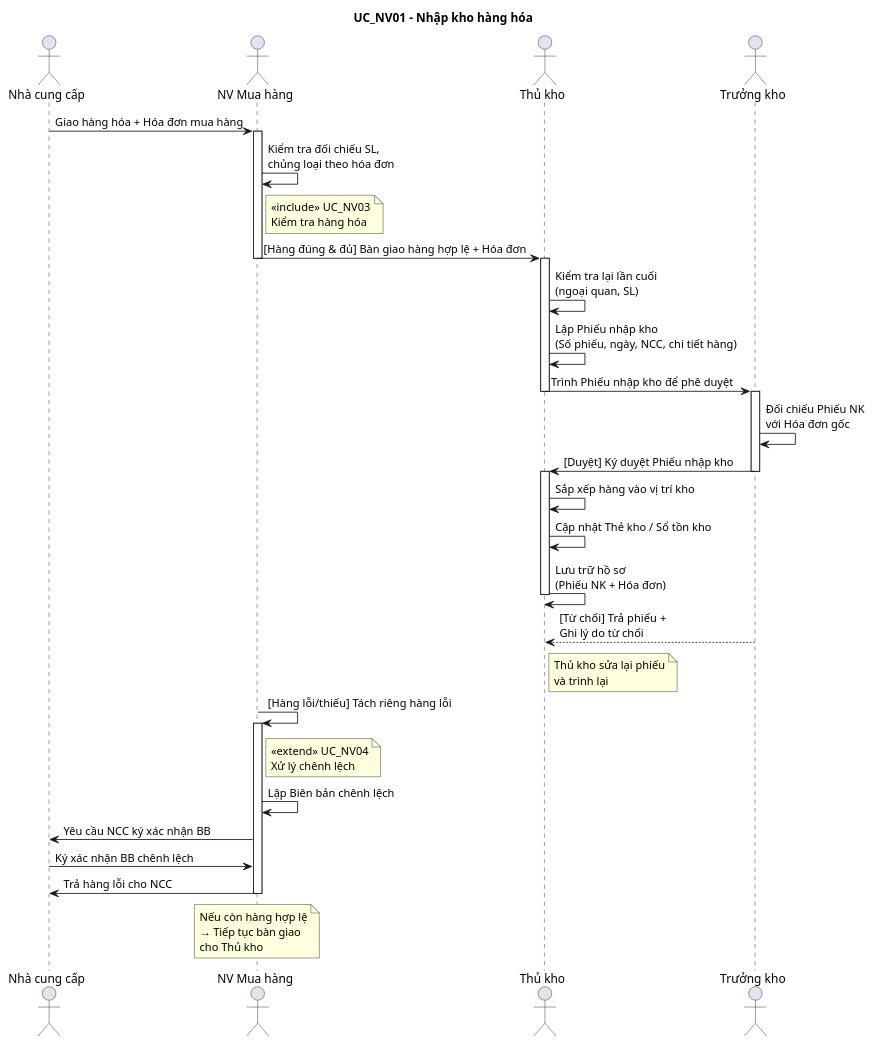
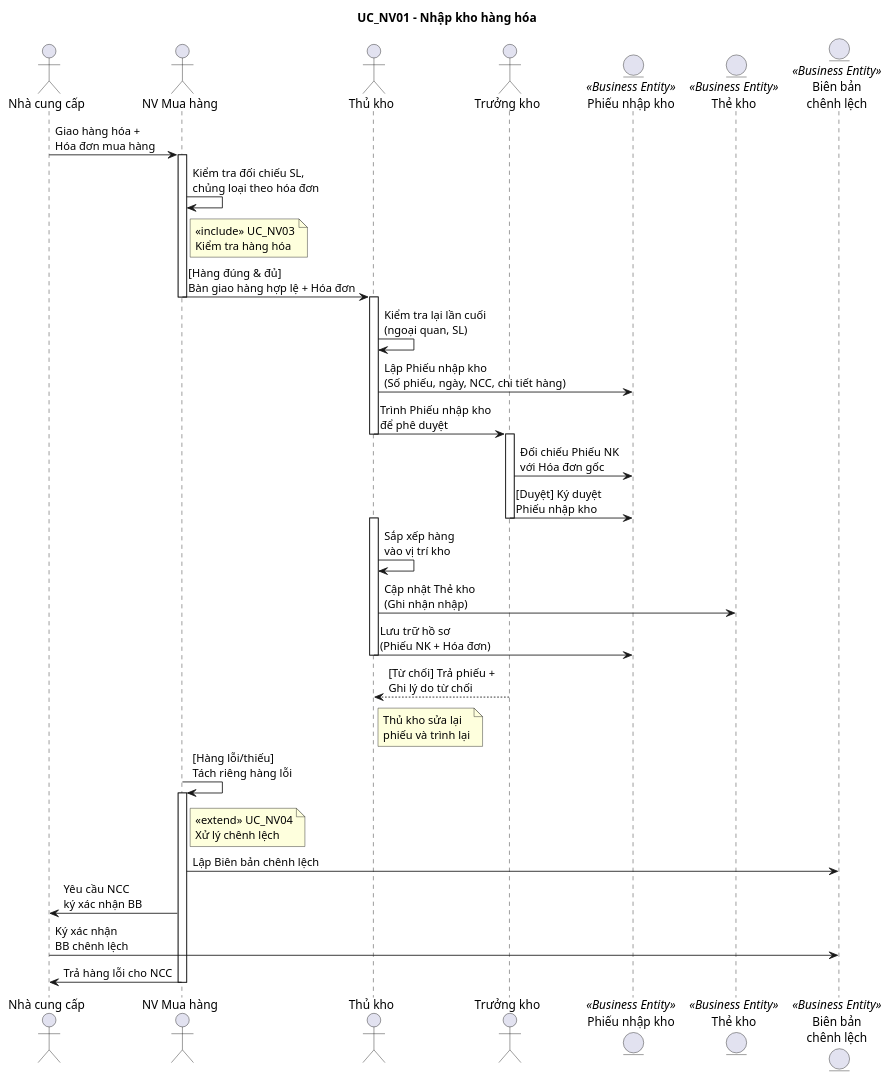
One commit to OXplakhoa/StorageManager changed the diagram in diagrams/sequence_nv/seq_uc_nv01_nhap_kho.md. Above: the diagram before and after it, drawn with PlantUML. The commit also changed other lines of this file and 9 other files, not shown here.

Commit message:
feat: add more skills base on syllabus and fix sequence diagram

````diff
--- a/diagrams/sequence_nv/seq_uc_nv01_nhap_kho.md
+++ b/diagrams/sequence_nv/seq_uc_nv01_nhap_kho.md
@@ -5,49 +6,51 @@
 ```plantuml
 @startuml
 title UC_NV01 – Nhập kho hàng hóa
 
 actor "Nhà cung cấp" as NCC
 actor "NV Mua hàng" as NVMH
 actor "Thủ kho" as TK
 actor "Trưởng kho" as TrK
+entity "Phiếu nhập kho" as PNK <<Business Entity>>
+entity "Thẻ kho" as TheKho <<Business Entity>>
+entity "Biên bản\nchênh lệch" as BBCL <<Business Entity>>
 
-NCC -> NVMH : Giao hàng hóa + Hóa đơn mua hàng
+NCC -> NVMH : Giao hàng hóa +\nHóa đơn mua hàng
 activate NVMH
 NVMH -> NVMH : Kiểm tra đối chiếu SL,\nchủng loại theo hóa đơn
 note right of NVMH : <<include>> UC_NV03\nKiểm tra hàng hóa
 
-NVMH -> TK : [Hàng đúng & đủ] Bàn giao hàng hợp lệ + Hóa đơn
+NVMH -> TK : [Hàng đúng & đủ]\nBàn giao hàng hợp lệ + Hóa đơn
 deactivate NVMH
 
 activate TK
 TK -> TK : Kiểm tra lại lần cuối\n(ngoại quan, SL)
-TK -> TK : Lập Phiếu nhập kho\n(Số phiếu, ngày, NCC, chi tiết hàng)
-TK -> TrK : Trình Phiếu nhập kho để phê duyệt
+TK -> PNK : Lập Phiếu nhập kho\n(Số phiếu, ngày, NCC, chi tiết hàng)
+TK -> TrK : Trình Phiếu nhập kho\nđể phê duyệt
 deactivate TK
 
 activate TrK
-TrK -> TrK : Đối chiếu Phiếu NK\nvới Hóa đơn gốc
-TrK -> TK : [Duyệt] Ký duyệt Phiếu nhập kho
+TrK -> PNK : Đối chiếu Phiếu NK\nvới Hóa đơn gốc
+TrK -> PNK : [Duyệt] Ký duyệt\nPhiếu nhập kho
 deactivate TrK
 
 activate TK
-TK -> TK : Sắp xếp hàng vào vị trí kho
-TK -> TK : Cập nhật Thẻ kho / Sổ tồn kho
-TK -> TK : Lưu trữ hồ sơ\n(Phiếu NK + Hóa đơn)
+TK -> TK : Sắp xếp hàng\nvào vị trí kho
+TK -> TheKho : Cập nhật Thẻ kho\n(Ghi nhận nhập)
+TK -> PNK : Lưu trữ hồ sơ\n(Phiếu NK + Hóa đơn)
 deactivate TK
 
 TrK --> TK : [Từ chối] Trả phiếu +\nGhi lý do từ chối
-note right of TK : Thủ kho sửa lại phiếu\nvà trình lại
+note right of TK : Thủ kho sửa lại\nphiếu và trình lại
 
-NVMH -> NVMH : [Hàng lỗi/thiếu] Tách riêng hàng lỗi
+NVMH -> NVMH : [Hàng lỗi/thiếu]\nTách riêng hàng lỗi
 activate NVMH
 note right of NVMH : <<extend>> UC_NV04\nXử lý chênh lệch
-NVMH -> NVMH : Lập Biên bản chênh lệch
-NVMH -> NCC : Yêu cầu NCC ký xác nhận BB
-NCC -> NVMH : Ký xác nhận BB chênh lệch
+NVMH -> BBCL : Lập Biên bản chênh lệch
+NVMH -> NCC : Yêu cầu NCC\nký xác nhận BB
+NCC -> BBCL : Ký xác nhận\nBB chênh lệch
 NVMH -> NCC : Trả hàng lỗi cho NCC
 deactivate NVMH
-note over NVMH : Nếu còn hàng hợp lệ\n→ Tiếp tục bàn giao\ncho Thủ kho
 
 @enduml
 ```
````
